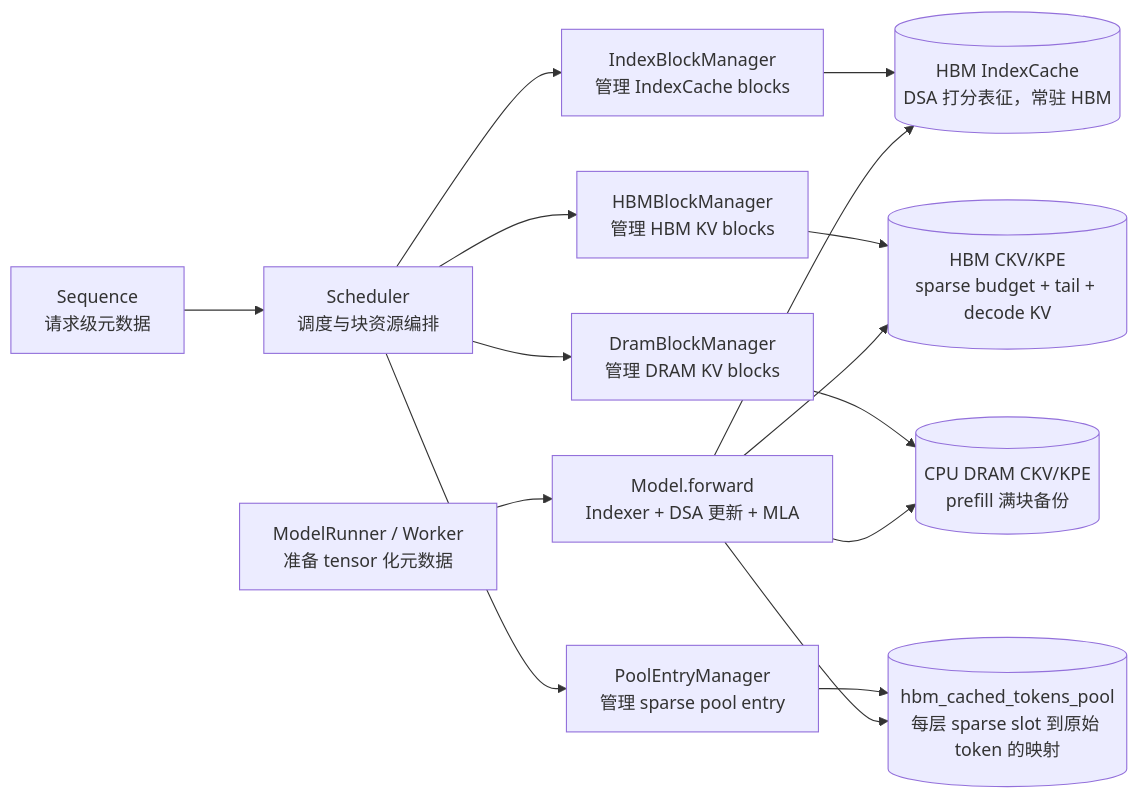
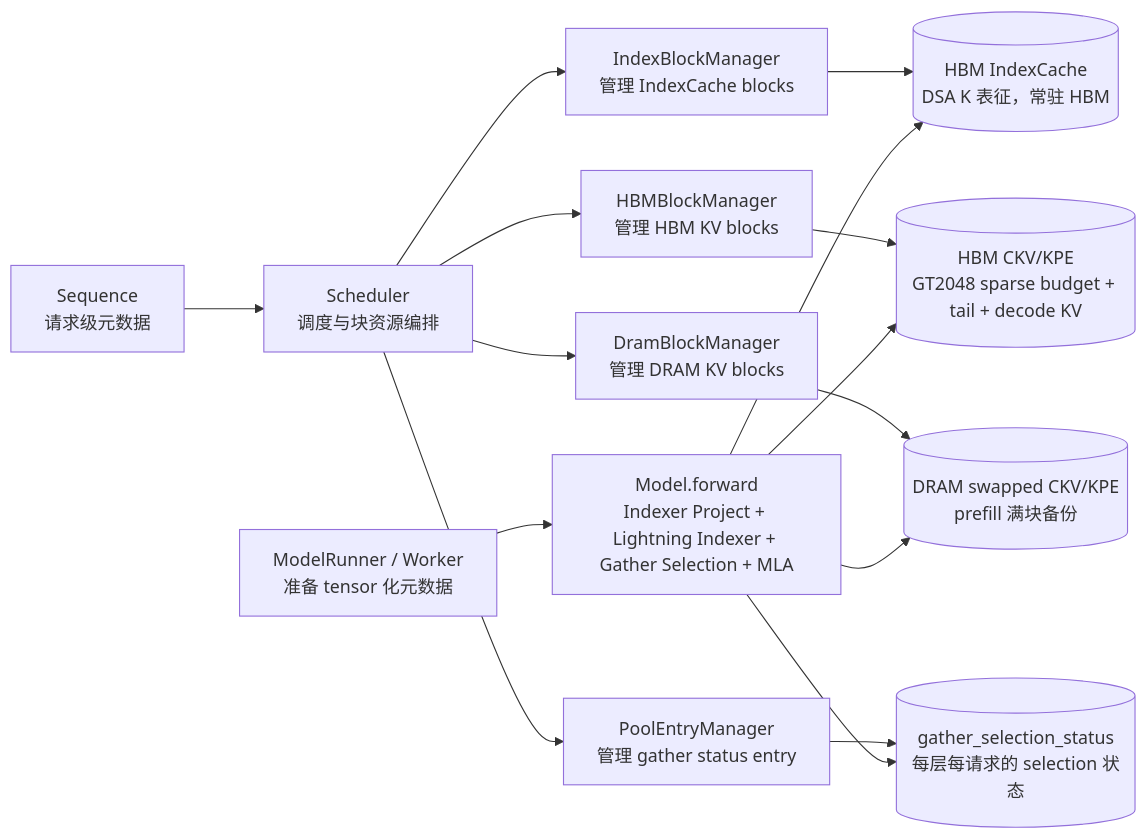
Before and after one commit to xwLearnsLLM/nanovllm-DSA-offload: the first of 3 diagrams in DSA-offload设计文档.md, drawn with Mermaid. The commit also changed other lines of this file, not shown here.

````diff
--- a/DSA-offload设计文档.md
+++ b/DSA-offload设计文档.md
@@ -9,19 +9,19 @@
 ```mermaid
 flowchart LR
     Req["Sequence<br/>请求级元数据"] --> Sch["Scheduler<br/>调度与块资源编排"]
     Sch --> IBM["IndexBlockManager<br/>管理 IndexCache blocks"]
     Sch --> HBM["HBMBlockManager<br/>管理 HBM KV blocks"]
     Sch --> DBM["DramBlockManager<br/>管理 DRAM KV blocks"]
-    Sch --> PEM["PoolEntryManager<br/>管理 sparse pool entry"]
+    Sch --> PEM["PoolEntryManager<br/>管理 gather status entry"]
 
-    IBM --> IC[("HBM IndexCache<br/>DSA 打分表征，常驻 HBM")]
-    HBM --> HKV[("HBM CKV/KPE<br/>sparse budget + tail + decode KV")]
-    DBM --> DKV[("CPU DRAM CKV/KPE<br/>prefill 满块备份")]
-    PEM --> Pool[("hbm_cached_tokens_pool<br/>每层 sparse slot 到原始 token 的映射")]
+    IBM --> IC[("HBM IndexCache<br/>DSA K 表征，常驻 HBM")]
+    HBM --> HKV[("HBM CKV/KPE<br/>GT2048 sparse budget + tail + decode KV")]
+    DBM --> DKV[("DRAM swapped CKV/KPE<br/>prefill 满块备份")]
+    PEM --> GS[("gather_selection_status<br/>每层每请求的 selection 状态")]
 
-    MR["ModelRunner / Worker<br/>准备 tensor 化元数据"] --> FWD["Model.forward<br/>Indexer + DSA 更新 + MLA"]
+    MR["ModelRunner / Worker<br/>准备 tensor 化元数据"] --> FWD["Model.forward<br/>Indexer Project + Lightning Indexer + Gather Selection + MLA"]
     FWD --> IC
     FWD --> HKV
     FWD --> DKV
-    FWD --> Pool
+    FWD --> GS
 ```
````
